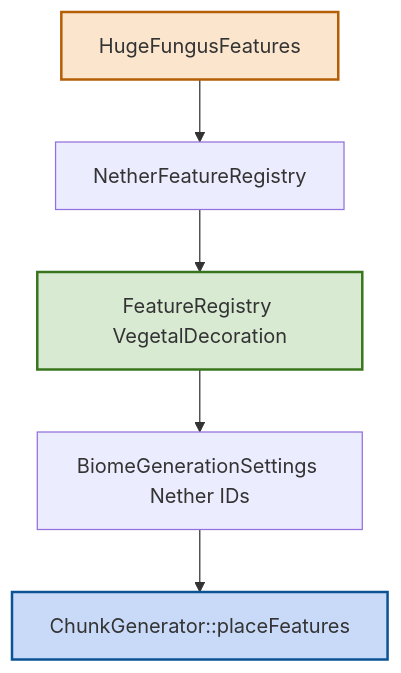
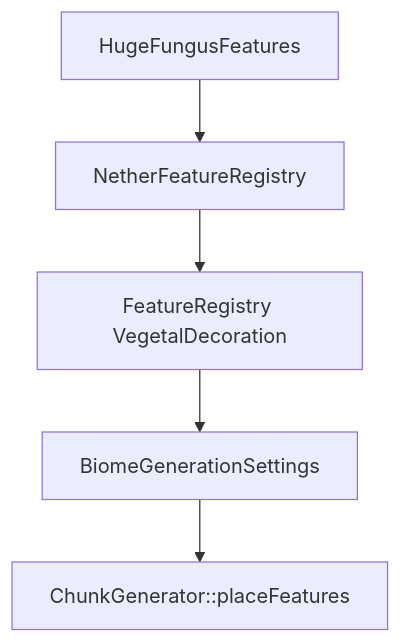
One commit to g122622/Cubium changed the diagram in src/common/world/gen/feature/fungus/README.md. Above: the diagram before and after it, drawn with Mermaid. The commit also changed other lines of this file and 298 other files, not shown here.

````diff
--- a/src/common/world/gen/feature/fungus/README.md
+++ b/src/common/world/gen/feature/fungus/README.md
@@ -69,11 +32,7 @@
 ```mermaid
 flowchart TD
     A[HugeFungusFeatures] --> B[NetherFeatureRegistry]
     B --> C[FeatureRegistry VegetalDecoration]
-    C --> D[BiomeGenerationSettings Nether IDs]
+    C --> D[BiomeGenerationSettings]
     D --> E[ChunkGenerator::placeFeatures]
-
-    style A fill:#fce5cd,stroke:#b45f06,stroke-width:2px
-    style C fill:#d9ead3,stroke:#38761d,stroke-width:2px
-    style E fill:#c9daf8,stroke:#0b5394,stroke-width:2px
 ```
````
